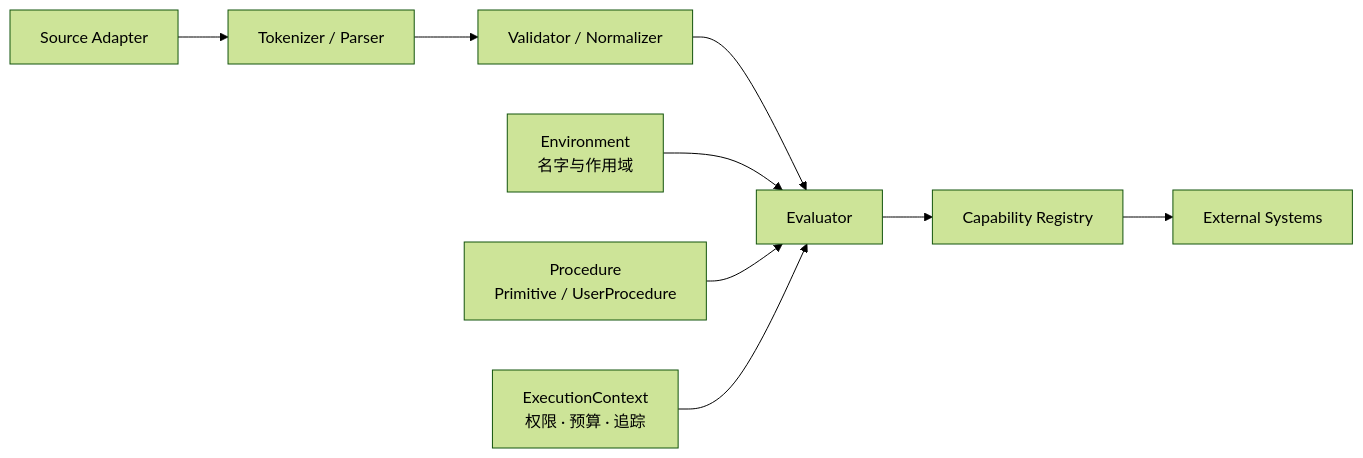
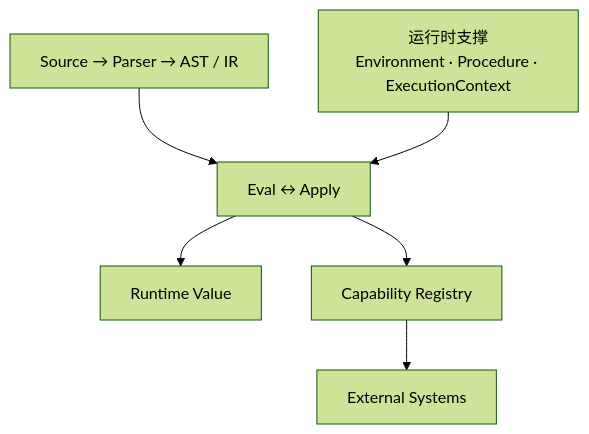
The eighth of 8 diagrams in source/_posts/composing-programs-runtime-abstraction.md (LittlePyx/LittlePyx.github.io), drawn with Mermaid (forest theme) before and after one commit. The commit also changed other lines of this file and 9 other files, not shown here.

```diff
--- a/source/_posts/composing-programs-runtime-abstraction.md
+++ b/source/_posts/composing-programs-runtime-abstraction.md
@@ -598,11 +596,8 @@
 {% mermaid %}
-flowchart LR
-    SOURCE["Source Adapter"] --> PARSER["Tokenizer / Parser"]
-    PARSER --> VALIDATOR["Validator / Normalizer"]
-    VALIDATOR --> EVALUATOR["Evaluator"]
-    ENV["Environment<br/>名字与作用域"] --> EVALUATOR
-    PROC["Procedure<br/>Primitive / UserProcedure"] --> EVALUATOR
-    CONTEXT["ExecutionContext<br/>权限 · 预算 · 追踪"] --> EVALUATOR
-    EVALUATOR --> REGISTRY["Capability Registry"]
+flowchart TB
+    INPUT["Source → Parser → AST / IR"] --> CORE["Eval ↔ Apply"]
+    SUPPORT["运行时支撑<br/>Environment · Procedure · ExecutionContext"] --> CORE
+    CORE --> VALUE["Runtime Value"]
+    CORE --> REGISTRY["Capability Registry"]
     REGISTRY --> EXTERNAL["External Systems"]
 {% endmermaid %}
```
